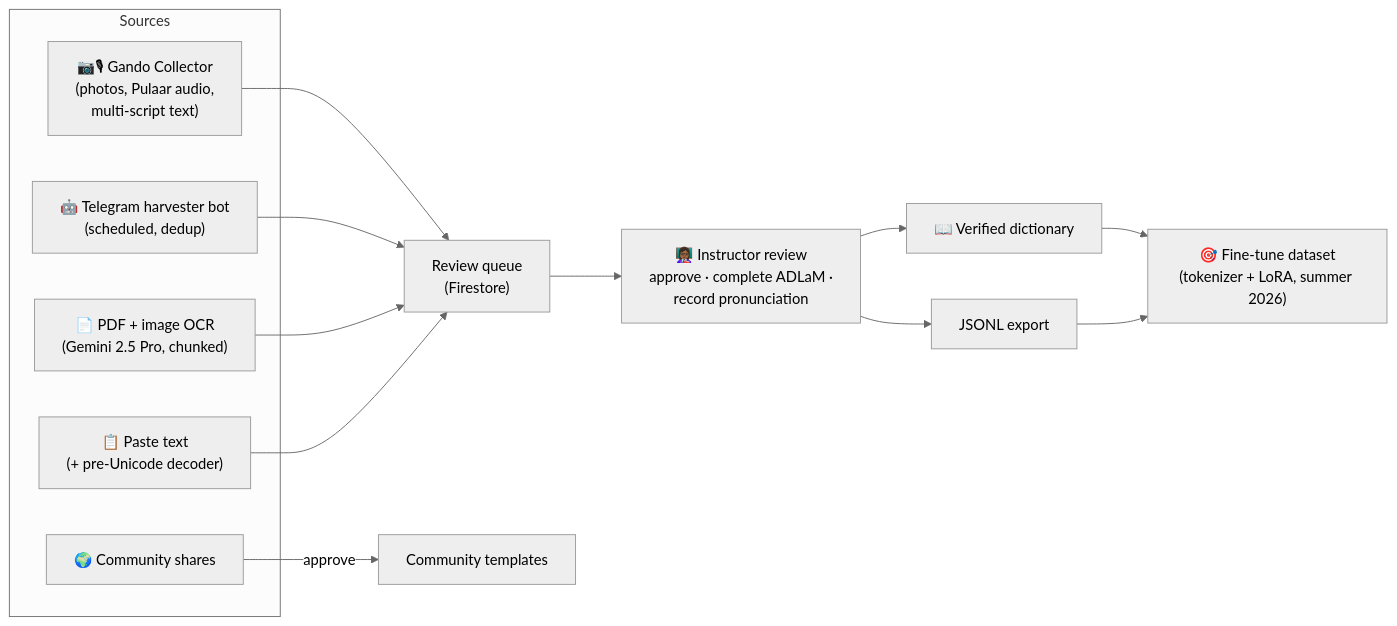
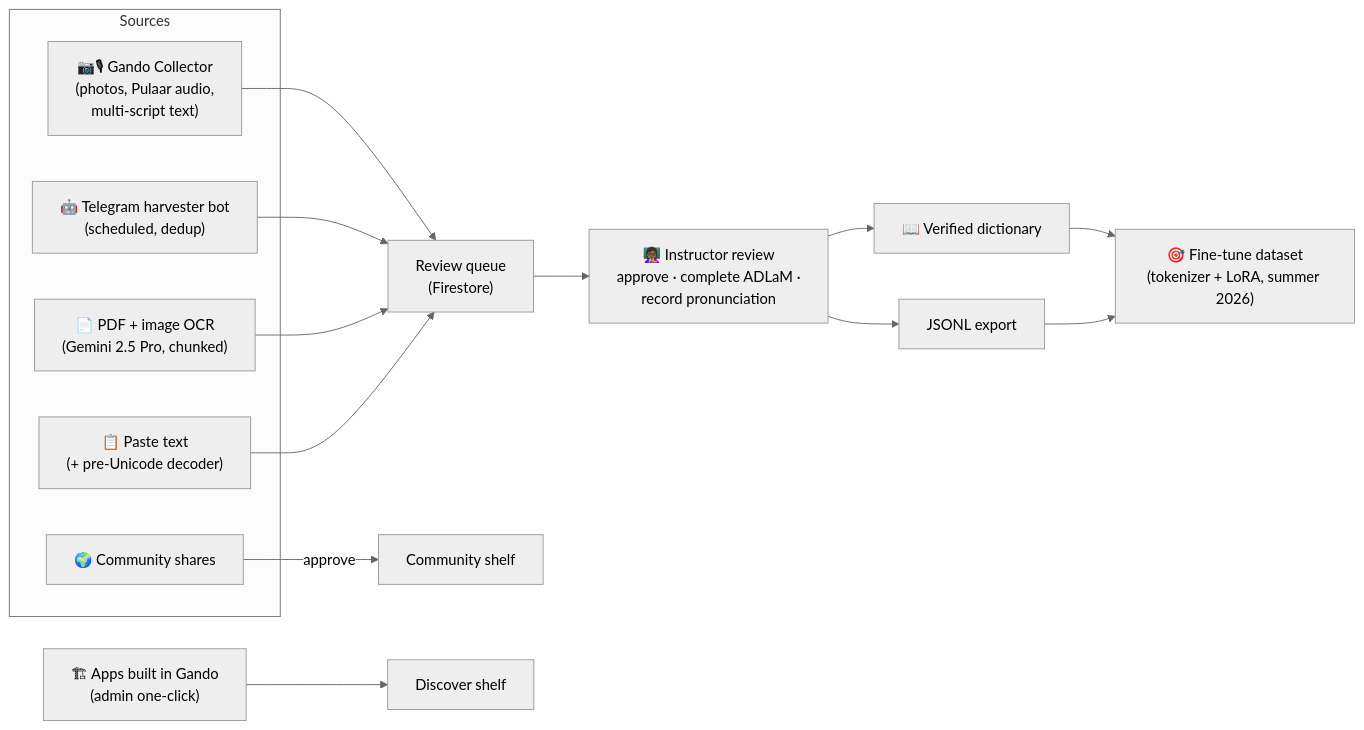
Before and after one commit to Dialloni/ADLaM_Pulaar: the second of 3 diagrams in README.md, drawn with Mermaid (neutral theme). The commit also changed other lines of this file, not shown here.

````diff
--- a/README.md
+++ b/README.md
@@ -73,27 +73,28 @@
 ```mermaid
 flowchart LR
     subgraph Sources
         Coll["📷🎙 Gando Collector<br/>(photos, Pulaar audio,<br/>multi-script text)"]
         TG["🤖 Telegram harvester bot<br/>(scheduled, dedup)"]
         PDF["📄 PDF + image OCR<br/>(Gemini 2.5 Pro, chunked)"]
         Paste["📋 Paste text<br/>(+ pre-Unicode decoder)"]
         Shares["🌍 Community shares"]
     end
 
     Queue["Review queue<br/>(Firestore)"]
     Admin["👩🏾‍🏫 Instructor review<br/>approve · complete ADLaM ·<br/>record pronunciation"]
     Dict["📖 Verified dictionary"]
     JSONL["JSONL export"]
     Future["🎯 Fine-tune dataset<br/>(tokenizer + LoRA, summer 2026)"]
 
     Coll --> Queue
     TG --> Queue
     PDF --> Queue
     Paste --> Queue
-    Shares -->|approve| Templates["Community templates"]
+    Shares -->|approve| Templates["Community shelf"]
+    Gando["🏗 Apps built in Gando<br/>(admin one-click)"] --> Discover["Discover shelf"]
     Queue --> Admin
     Admin --> Dict
     Admin --> JSONL
     Dict --> Future
     JSONL --> Future
 ```
````
